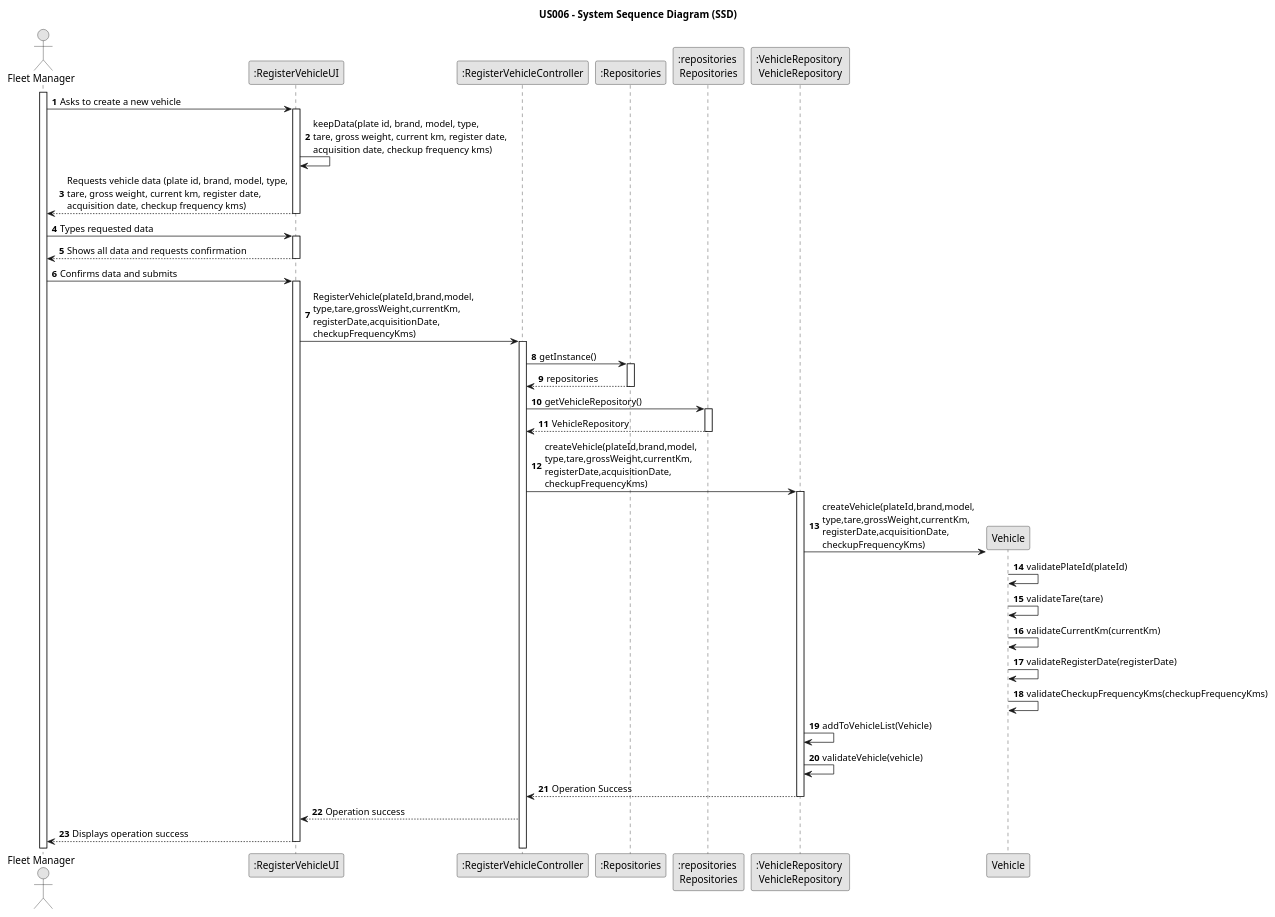
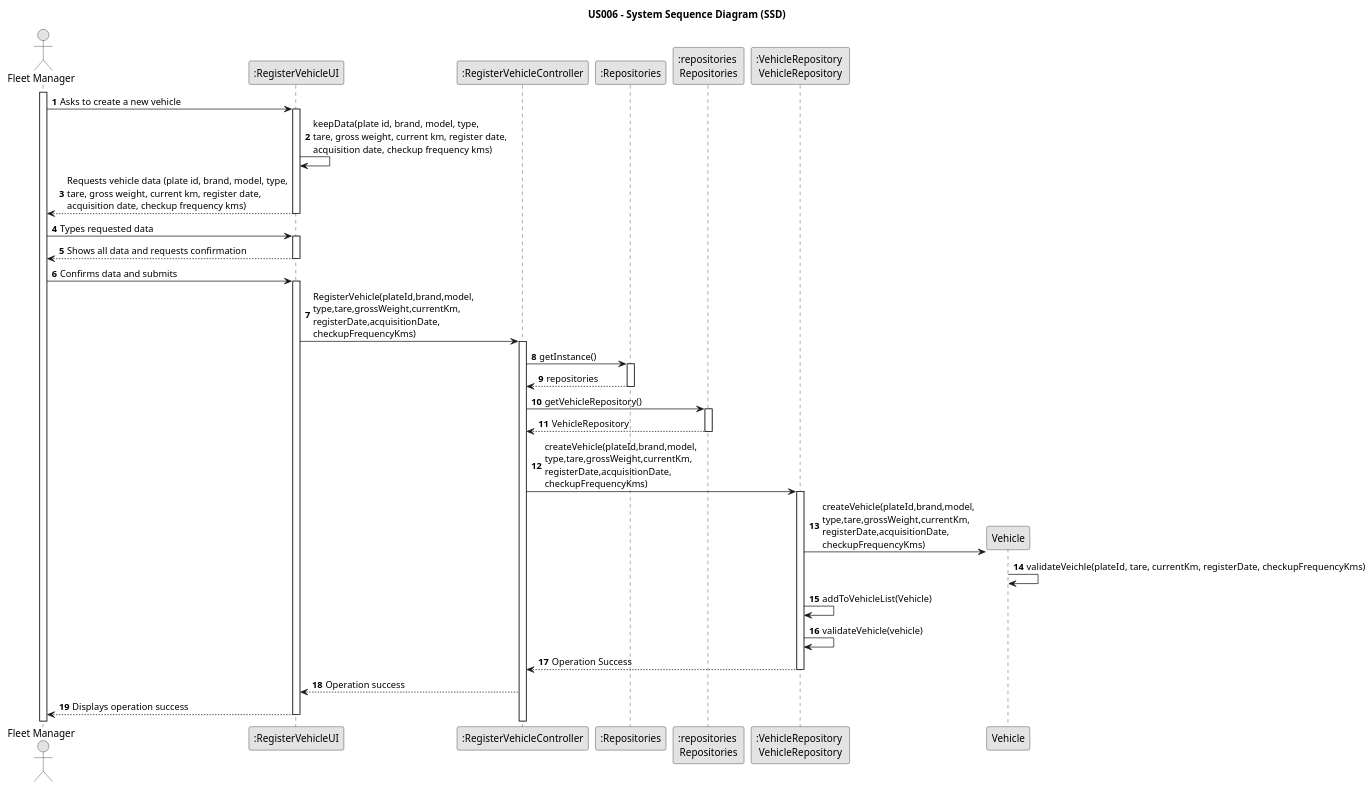
Before and after one commit to Rui-San/LAPR2_2023_2024: the diagram in docs/sprintB/us006/03.design/puml/us006-system-sequence-diagram.puml, drawn with PlantUML.

Commit message:
US006: Did a couple changes to SD

```diff
--- a/docs/sprintB/us006/03.design/puml/us006-system-sequence-diagram.puml
+++ b/docs/sprintB/us006/03.design/puml/us006-system-sequence-diagram.puml
@@ -1,84 +1,80 @@
 @startuml
 skinparam monochrome true
 skinparam packageStyle rectangle
 skinparam shadowing false
 
 title US006 - System Sequence Diagram (SSD)
 
 autonumber
 
 actor "Fleet Manager" as Employee
 participant ":RegisterVehicleUI" as System
 participant ":RegisterVehicleController" as CTRL
 participant ":Repositories" as REP
 participant ":repositories \nRepositories" as REPS
 participant ":VehicleRepository \nVehicleRepository" as VR
 
 activate Employee
 
     Employee -> System : Asks to create a new vehicle
     activate System
     System->System: keepData(plate id, brand, model, type,\ntare, gross weight, current km, register date,\nacquisition date, checkup frequency kms)
     System  --> Employee : Requests vehicle data (plate id, brand, model, type,\ntare, gross weight, current km, register date,\nacquisition date, checkup frequency kms)
     deactivate System
 
     Employee -> System : Types requested data
     activate System
 
         System --> Employee : Shows all data and requests confirmation
     deactivate System
 
     Employee -> System : Confirms data and submits
     activate System
         System->CTRL :RegisterVehicle(plateId,brand,model,\ntype,tare,grossWeight,currentKm,\nregisterDate,acquisitionDate,\ncheckupFrequencyKms)
         activate CTRL
 
             CTRL->REP: getInstance()
 
             activate REP
 
             REP-->CTRL: repositories
 
             deactivate REP
 
             CTRL->REPS: getVehicleRepository()
 
             activate REPS
 
             REPS-->CTRL: VehicleRepository
 
             deactivate REPS
 
             CTRL->VR: createVehicle(plateId,brand,model,\ntype,tare,grossWeight,currentKm,\nregisterDate,acquisitionDate,\ncheckupFrequencyKms)
 
             activate VR
 
             VR->Vehicle**: createVehicle(plateId,brand,model,\ntype,tare,grossWeight,currentKm,\nregisterDate,acquisitionDate,\ncheckupFrequencyKms)
 
-            Vehicle->Vehicle: validatePlateId(plateId)
-            Vehicle->Vehicle: validateTare(tare)
-            Vehicle->Vehicle: validateCurrentKm(currentKm)
-            Vehicle->Vehicle: validateRegisterDate(registerDate)
-            Vehicle->Vehicle: validateCheckupFrequencyKms(checkupFrequencyKms)
+            Vehicle->Vehicle: validateVeichle(plateId, tare, currentKm, registerDate, checkupFrequencyKms)
 
 
             VR->VR: addToVehicleList(Vehicle)
 
             VR->VR: validateVehicle(vehicle)
 
 
             VR-->CTRL: Operation Success
 
             deactivate VR
 
             CTRL-->System: Operation success
 
 
 
         System --> Employee : Displays operation success
     deactivate System
 
 
 
 
 @enduml
```
